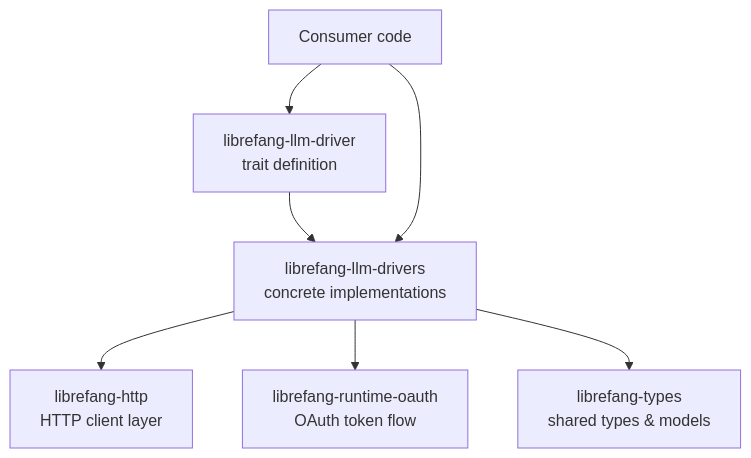
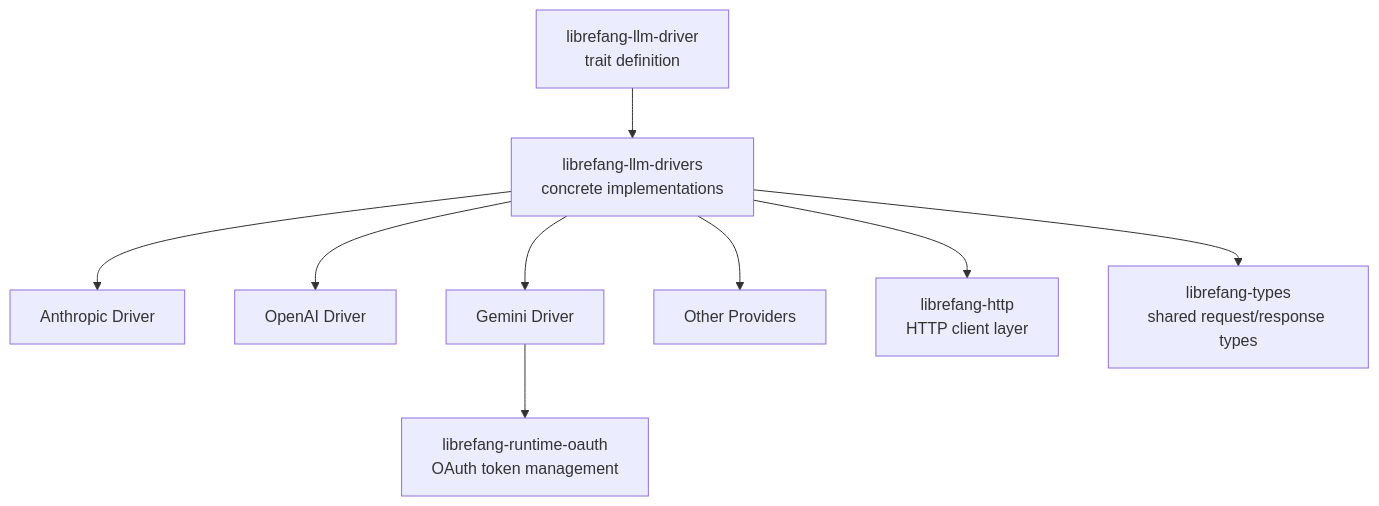
One commit to leszek3737/librefang-WIki changed the diagram in other-librefang-llm-drivers.md. Above: the diagram before and after it, drawn with Mermaid. The commit also changed other lines of this file and 118 other files, not shown here.

````diff
--- a/other-librefang-llm-drivers.md
+++ b/other-librefang-llm-drivers.md
@@ -13,9 +17,11 @@
 ```mermaid
 graph TD
-    A[librefang-llm-driver<br/>trait definition] --> B[librefang-llm-drivers<br/>concrete implementations]
-    B --> C[librefang-http<br/>HTTP client layer]
-    B --> D[librefang-runtime-oauth<br/>OAuth token flow]
-    B --> E[librefang-types<br/>shared types & models]
-    F[Consumer code] --> A
-    F --> B
+    A[librefang-llm-driver<br>trait definition] --> B[librefang-llm-drivers<br>concrete implementations]
+    B --> C[Anthropic Driver]
+    B --> D[OpenAI Driver]
+    B --> E[Gemini Driver]
+    B --> F[Other Providers]
+    B --> G[librefang-http<br>HTTP client layer]
+    B --> H[librefang-types<br>shared request/response types]
+    E --> I[librefang-runtime-oauth<br>OAuth token management]
 ```
````
